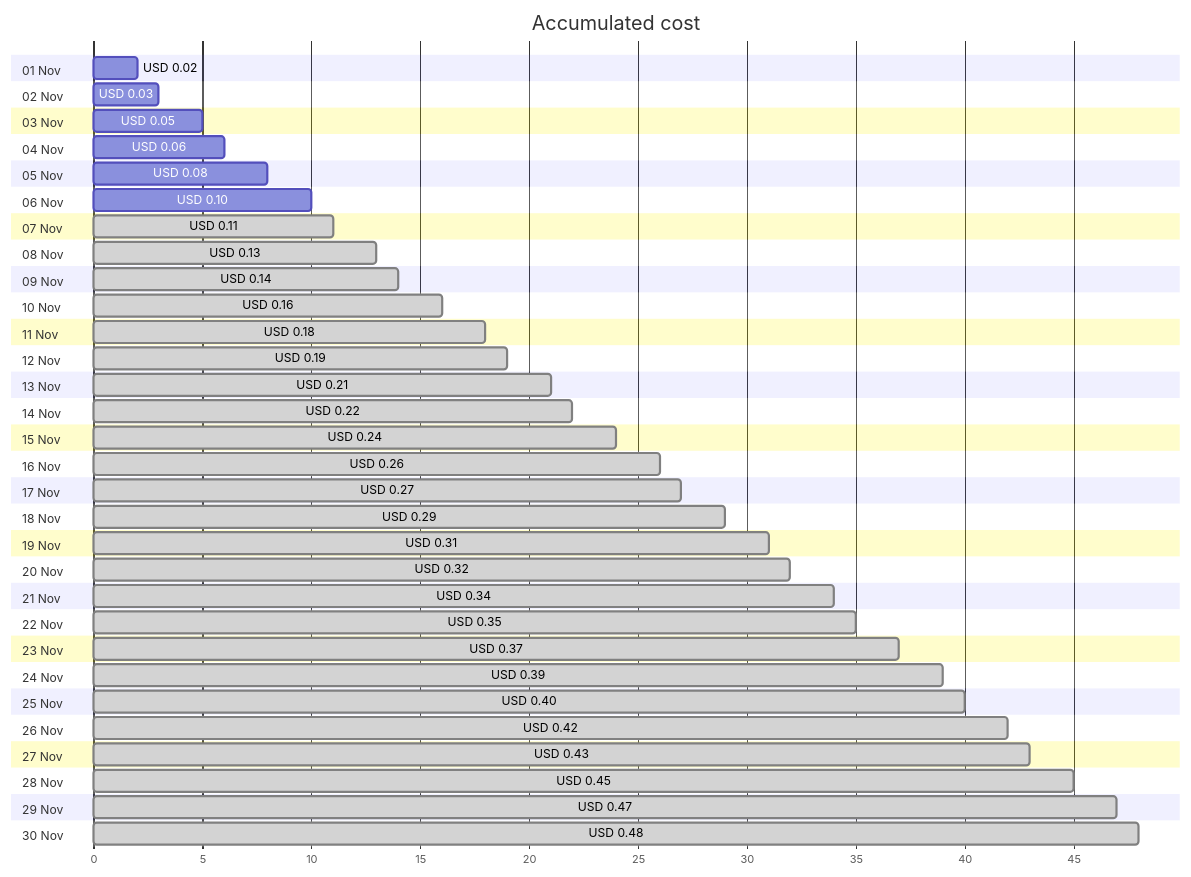
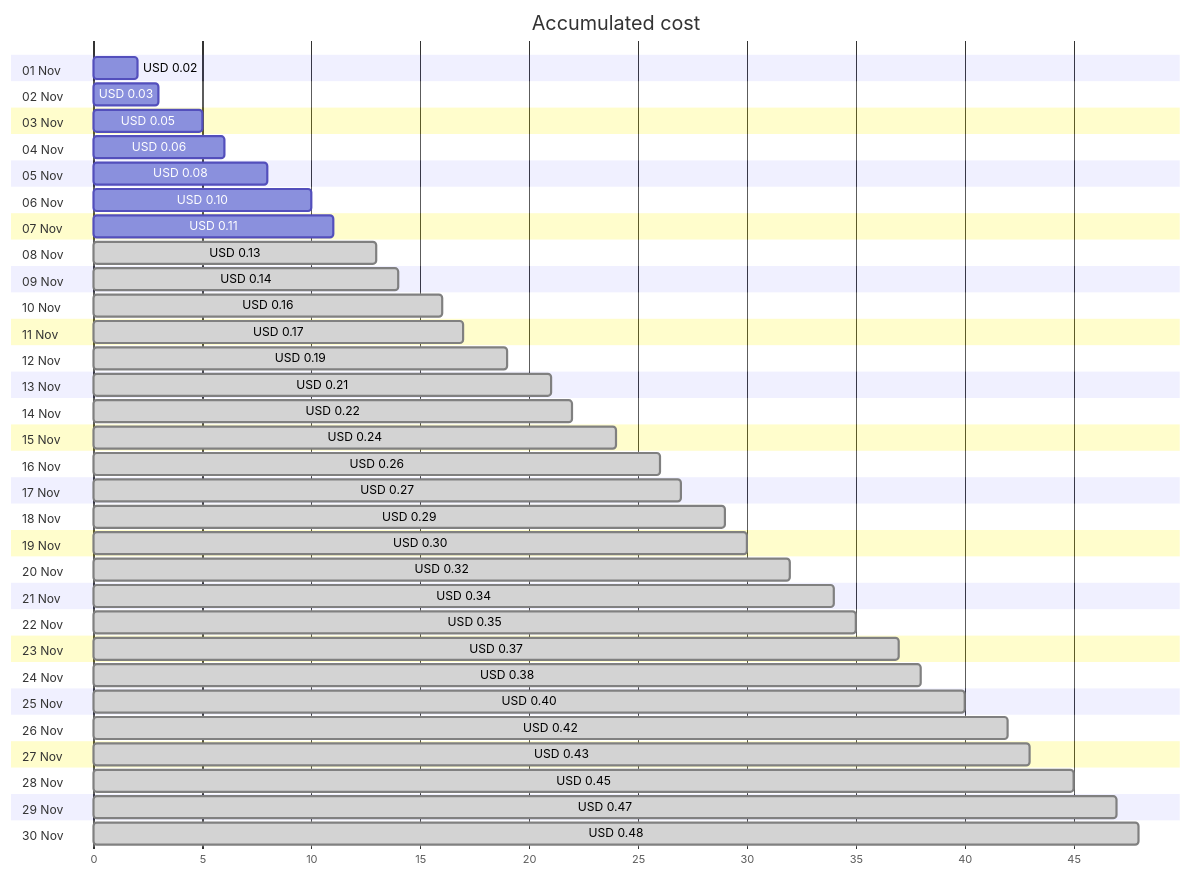
The first of 4 diagrams in cost-reports/personal-network/private.jpatrickfulton.com.md (jpfulton/azure-personal-reports), drawn with Mermaid before and after one commit. The commit also changed other lines of this file and 8 other files, not shown here.

````diff
--- a/cost-reports/personal-network/private.jpatrickfulton.com.md
+++ b/cost-reports/personal-network/private.jpatrickfulton.com.md
@@ -20,66 +20,66 @@
 ```mermaid
 gantt
    title Accumulated cost
    dateFormat  X
    axisFormat %s
    section 01 Nov
    USD 0.02 :0, 2
    section 02 Nov
    USD 0.03 :0, 3
    section 03 Nov
    USD 0.05 :0, 5
    section 04 Nov
    USD 0.06 :0, 6
    section 05 Nov
    USD 0.08 :0, 8
    section 06 Nov
    USD 0.10 :0, 10
    section 07 Nov
-   USD 0.11 : done, 0, 11
+   USD 0.11 :0, 11
    section 08 Nov
    USD 0.13 : done, 0, 13
    section 09 Nov
    USD 0.14 : done, 0, 14
    section 10 Nov
    USD 0.16 : done, 0, 16
    section 11 Nov
-   USD 0.18 : done, 0, 18
+   USD 0.17 : done, 0, 17
    section 12 Nov
    USD 0.19 : done, 0, 19
    section 13 Nov
    USD 0.21 : done, 0, 21
    section 14 Nov
    USD 0.22 : done, 0, 22
    section 15 Nov
    USD 0.24 : done, 0, 24
    section 16 Nov
    USD 0.26 : done, 0, 26
    section 17 Nov
    USD 0.27 : done, 0, 27
    section 18 Nov
    USD 0.29 : done, 0, 29
    section 19 Nov
-   USD 0.31 : done, 0, 31
+   USD 0.30 : done, 0, 30
    section 20 Nov
    USD 0.32 : done, 0, 32
    section 21 Nov
    USD 0.34 : done, 0, 34
    section 22 Nov
    USD 0.35 : done, 0, 35
    section 23 Nov
    USD 0.37 : done, 0, 37
    section 24 Nov
-   USD 0.39 : done, 0, 39
+   USD 0.38 : done, 0, 38
    section 25 Nov
    USD 0.40 : done, 0, 40
    section 26 Nov
    USD 0.42 : done, 0, 42
    section 27 Nov
    USD 0.43 : done, 0, 43
    section 28 Nov
    USD 0.45 : done, 0, 45
    section 29 Nov
    USD 0.47 : done, 0, 47
    section 30 Nov
    USD 0.48 : done, 0, 48
 ```
````
